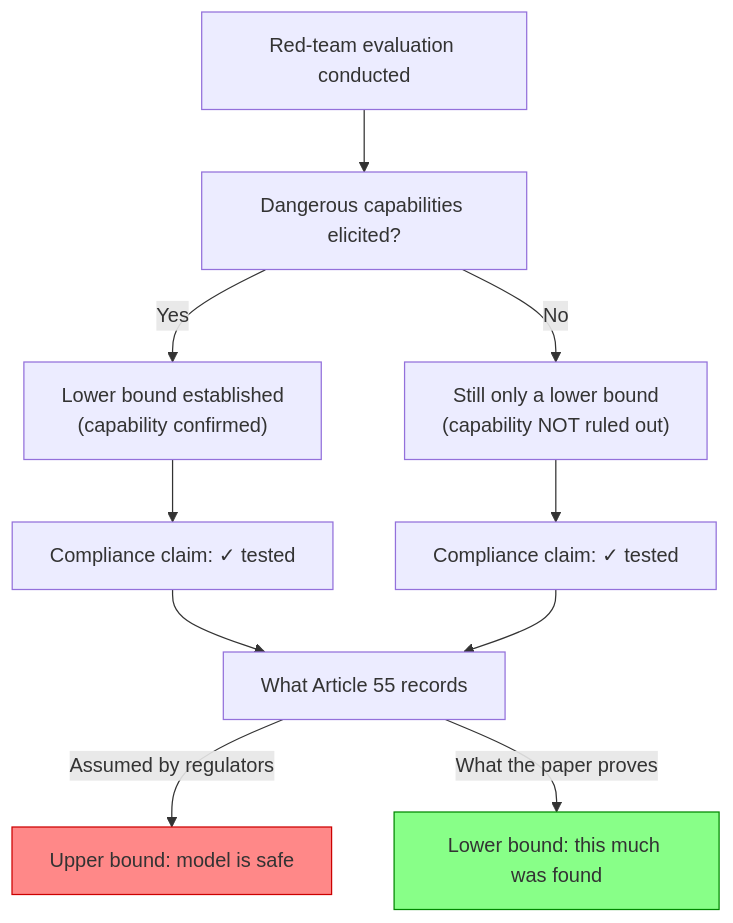
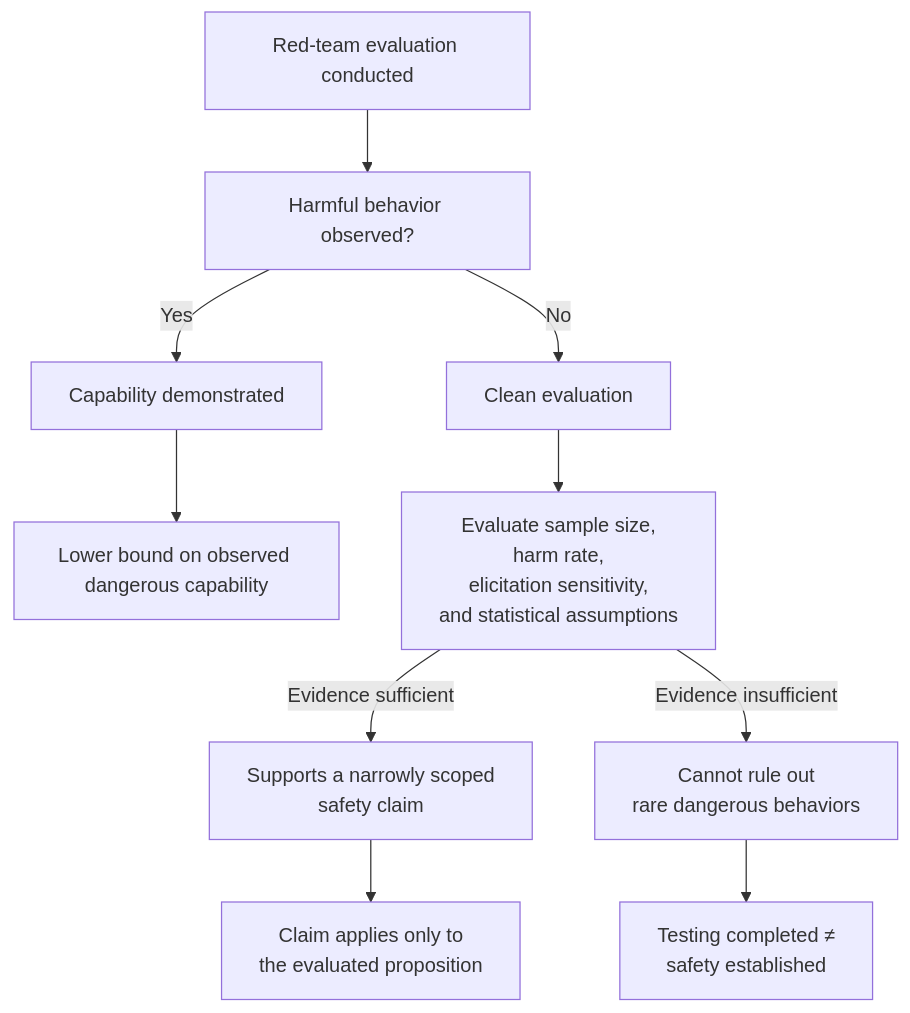
One commit to minwu-ai/minwu-ai.github.io changed the diagram in posts/the-proof-that-red-teaming-cannot-certify-safety-and-why-the.md. Above: the diagram before and after it, drawn with Mermaid. The commit also changed other lines of this file, not shown here.

````diff
--- a/posts/the-proof-that-red-teaming-cannot-certify-safety-and-why-the.md
+++ b/posts/the-proof-that-red-teaming-cannot-certify-safety-and-why-the.md
@@ -27,14 +88,19 @@
 ```mermaid
 flowchart TD
-    A["Red-team evaluation conducted"] --> B["Dangerous capabilities elicited?"]
-    B -->|"Yes"| C["Lower bound established\n(capability confirmed)"]
-    B -->|"No"| D["Still only a lower bound\n(capability NOT ruled out)"]
-    C --> E["Compliance claim: ✓ tested"]
-    D --> F["Compliance claim: ✓ tested"]
-    E --> G["What Article 55 records"]
-    F --> G
-    G -->|"Assumed by regulators"| H["Upper bound: model is safe"]
-    G -->|"What the paper proves"| I["Lower bound: this much was found"]
-    style H fill:#f88,stroke:#c00
-    style I fill:#8f8,stroke:#080
+    A["Red-team evaluation conducted"] --> B["Harmful behavior observed?"]
+
+    B -->|"Yes"| C["Capability demonstrated"]
+    C --> D["Lower bound on observed dangerous capability"]
+
+    B -->|"No"| E["Clean evaluation"]
+
+    E --> F["Evaluate sample size,<br/>harm rate,<br/>elicitation sensitivity,<br/>and statistical assumptions"]
+
+    F -->|"Evidence sufficient"| G["Supports a narrowly scoped<br/>safety claim"]
+
+    F -->|"Evidence insufficient"| H["Cannot rule out<br/>rare dangerous behaviors"]
+
+    G --> I["Claim applies only to<br/>the evaluated proposition"]
+
+    H --> J["Testing completed ≠<br/>safety established"]
 ```
````
